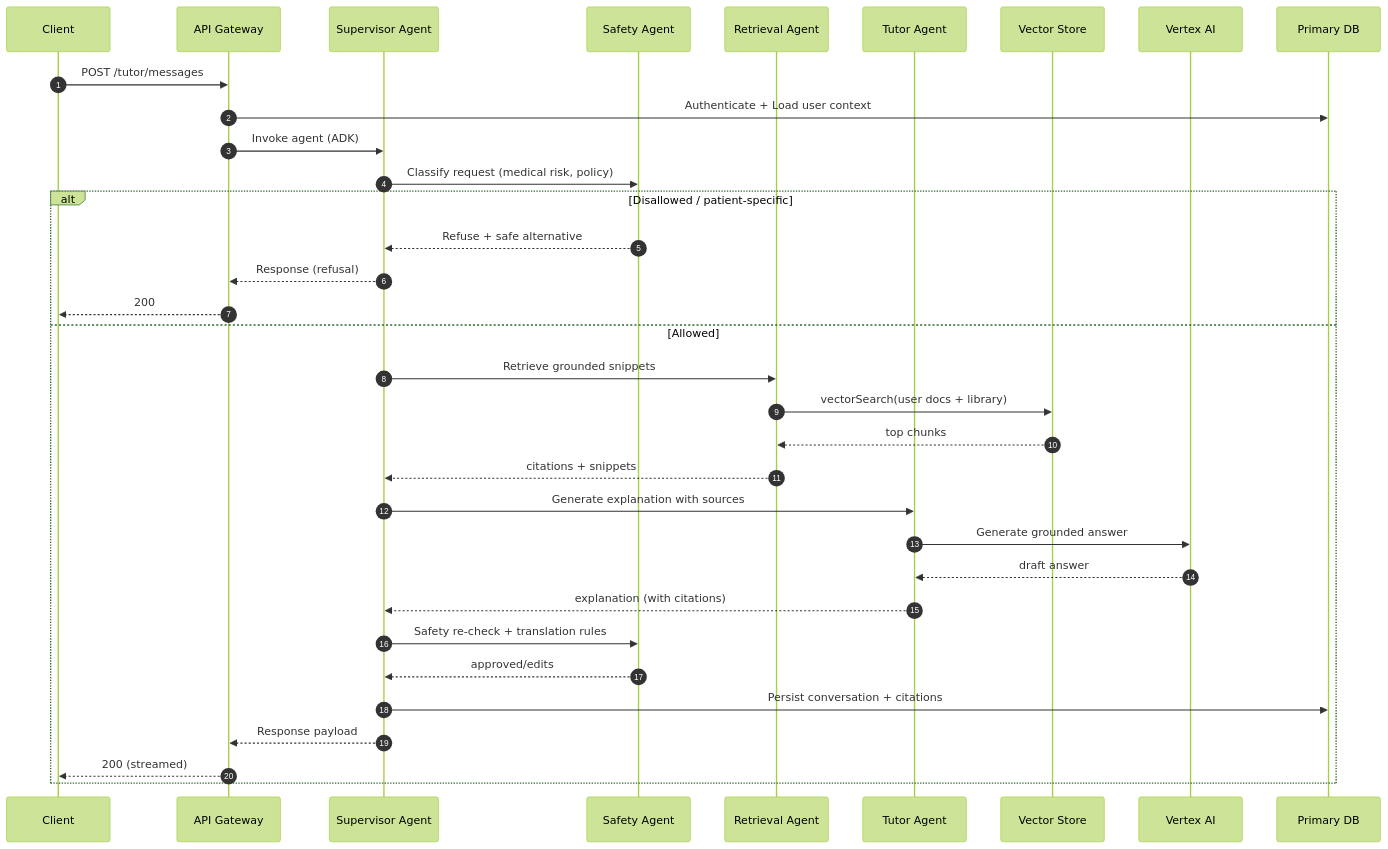
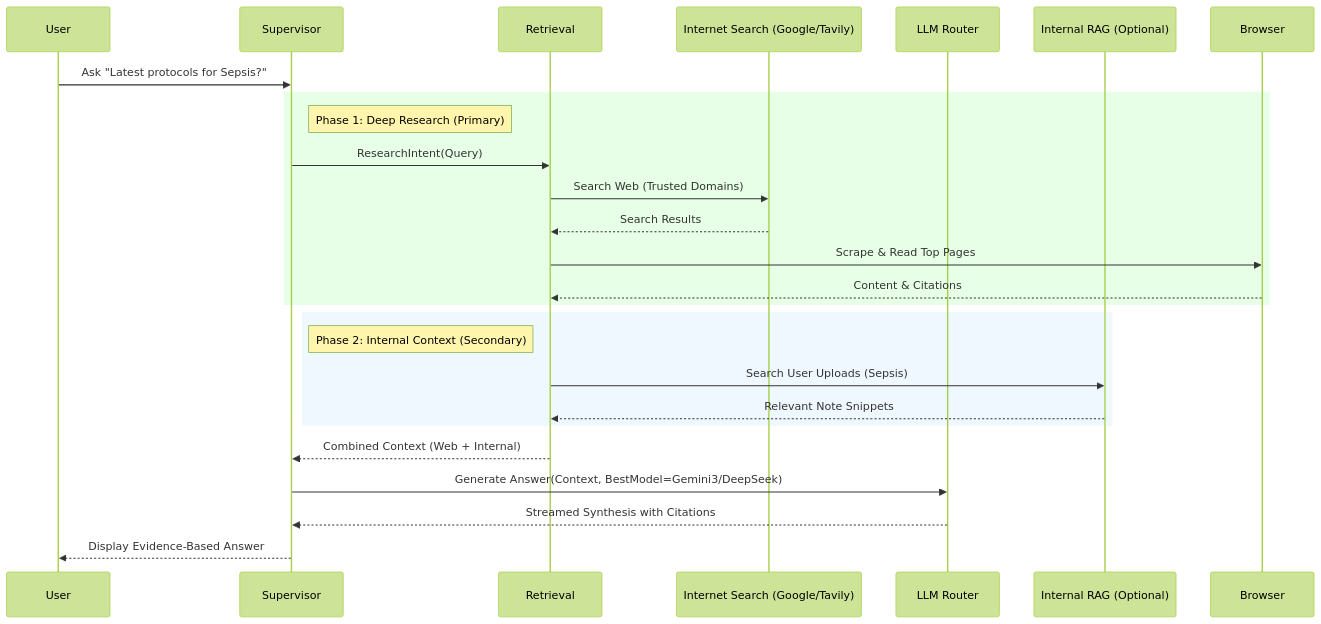
Before and after one commit to veerababumanyam/MedMentor: the second of 5 diagrams in docs/ARCHITECTURE.md, drawn with Mermaid (forest theme). The commit also changed other lines of this file and 3007 other files, not shown here.

First line of the commit message:
docs: huge update to architecture, prd, and project plan

````diff
--- a/docs/ARCHITECTURE.md
+++ b/docs/ARCHITECTURE.md
@@ -576,41 +89,32 @@
 ```mermaid
 sequenceDiagram
-  autonumber
-  participant C as Client
-  participant GW as API Gateway
-  participant SUP as Supervisor Agent
-  participant SAF as Safety Agent
-  participant RET as Retrieval Agent
-  participant TUT as Tutor Agent
-  participant V as Vector Store
-  participant LLM as Vertex AI
-  participant DB as Primary DB
+    participant User
+    participant Supervisor
+    participant Retrieval
+    participant ExternalSearch as Internet Search (Google/Tavily)
+    participant ModelRouter as LLM Router
+    participant Milvus as Internal RAG (Optional)
 
-  C->>GW: POST /tutor/messages
-  GW->>DB: Authenticate + Load user context
-  GW->>SUP: Invoke agent (ADK)
+    User->>Supervisor: Ask "Latest protocols for Sepsis?"
+    
+    rect rgb(230, 255, 230)
+        note right of Supervisor: Phase 1: Deep Research (Primary)
+        Supervisor->>Retrieval: ResearchIntent(Query)
+        Retrieval->>ExternalSearch: Search Web (Trusted Domains)
+        ExternalSearch-->>Retrieval: Search Results
+        Retrieval->>Browser: Scrape & Read Top Pages
+        Browser-->>Retrieval: Content & Citations
+    end
 
-  SUP->>SAF: Classify request (medical risk, policy)
-  alt Disallowed / patient-specific
-    SAF-->>SUP: Refuse + safe alternative
-    SUP-->>GW: Response (refusal)
-    GW-->>C: 200
-  else Allowed
-    SUP->>RET: Retrieve grounded snippets
-    RET->>V: vectorSearch(user docs + library)
-    V-->>RET: top chunks
-    RET-->>SUP: citations + snippets
+    rect rgb(240, 248, 255)
+        note right of Supervisor: Phase 2: Internal Context (Secondary)
+        Retrieval->>Milvus: Search User Uploads (Sepsis)
+        Milvus-->>Retrieval: Relevant Note Snippets
+    end
 
-    SUP->>TUT: Generate explanation with sources
-    TUT->>LLM: Generate grounded answer
-    LLM-->>TUT: draft answer
-    TUT-->>SUP: explanation (with citations)
+    Retrieval-->>Supervisor: Combined Context (Web + Internal)
 
-    SUP->>SAF: Safety re-check + translation rules
-    SAF-->>SUP: approved/edits
-
-    SUP->>DB: Persist conversation + citations
-    SUP-->>GW: Response payload
-    GW-->>C: 200 (streamed)
-  end
+    Supervisor->>ModelRouter: Generate Answer(Context, BestModel=Gemini3/DeepSeek)
+    ModelRouter-->>Supervisor: Streamed Synthesis with Citations
+    Supervisor-->>User: Display Evidence-Based Answer
 ```
````
